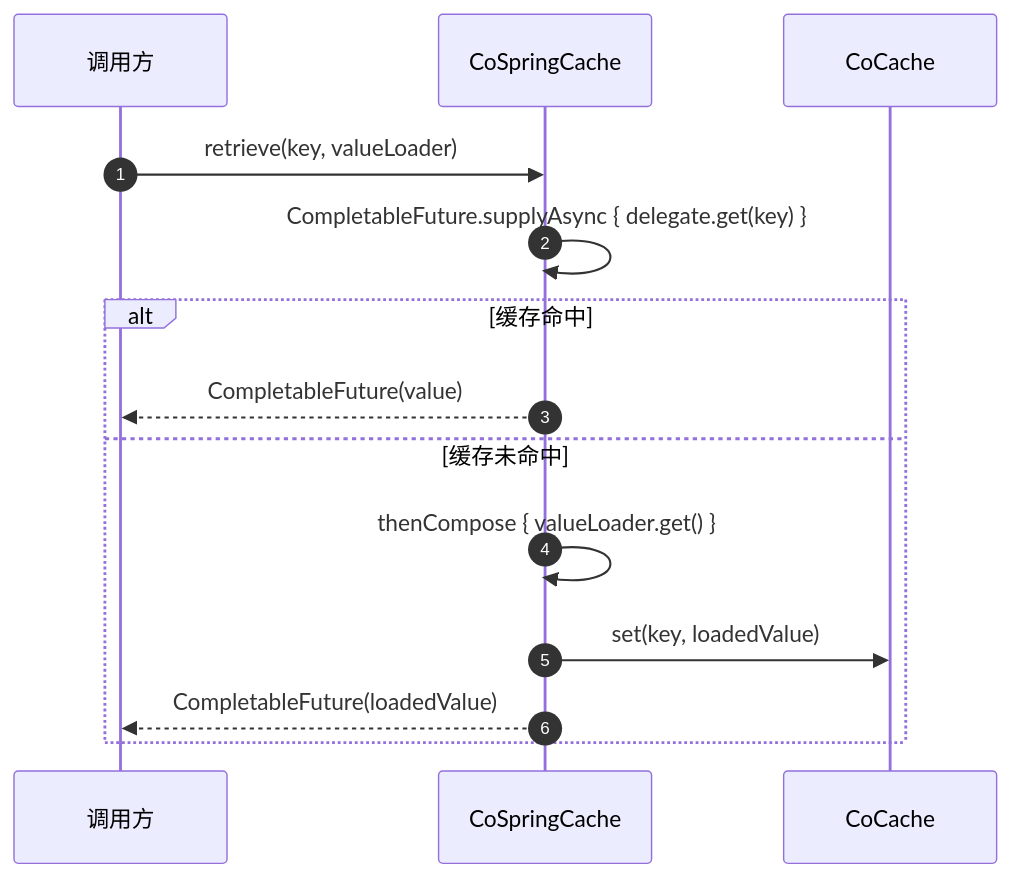
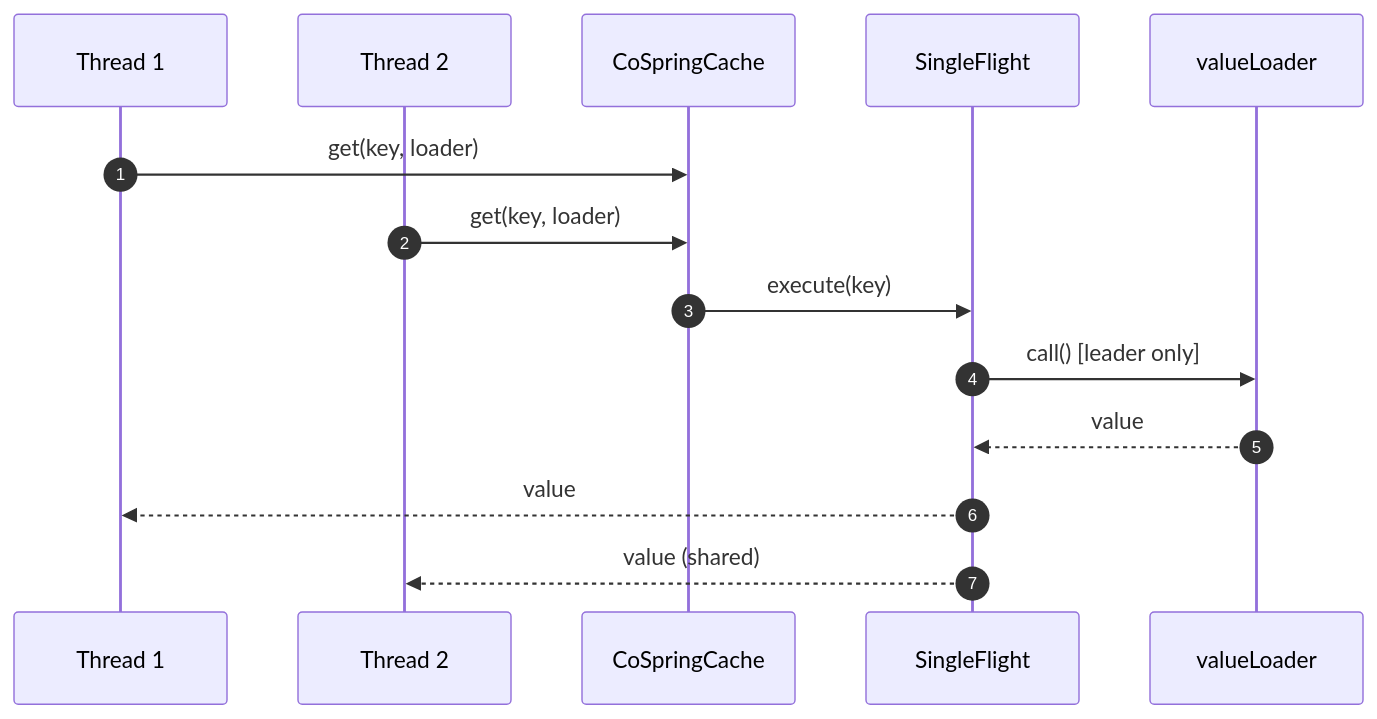
One commit to Ahoo-Wang/CoCache changed the second of 2 diagrams in wiki/zh/modules/cocache-spring-cache.md. Above: the diagram before and after it, drawn with Mermaid. The commit also changed other lines of this file and 256 other files, not shown here.

````diff
--- a/wiki/zh/modules/cocache-spring-cache.md
+++ b/wiki/zh/modules/cocache-spring-cache.md
@@ -176,18 +56,17 @@
 ```mermaid
 sequenceDiagram
 autonumber
-    participant Caller as 调用方
+    participant T1 as Thread 1
+    participant T2 as Thread 2
     participant CSC as CoSpringCache
-    participant Cache as CoCache
+    participant SF as SingleFlight
+    participant L as valueLoader
 
-    Caller->>CSC: retrieve(key, valueLoader)
-    CSC->>CSC: CompletableFuture.supplyAsync { delegate.get(key) }
-
-    alt 缓存命中
-        CSC-->>Caller: CompletableFuture(value)
-    else 缓存未命中
-        CSC->>CSC: thenCompose { valueLoader.get() }
-        CSC->>Cache: set(key, loadedValue)
-        CSC-->>Caller: CompletableFuture(loadedValue)
-    end
+    T1->>CSC: get(key, loader)
+    T2->>CSC: get(key, loader)
+    CSC->>SF: execute(key)
+    SF->>L: call() [leader only]
+    L-->>SF: value
+    SF-->>T1: value
+    SF-->>T2: value (shared)
 ```
````
